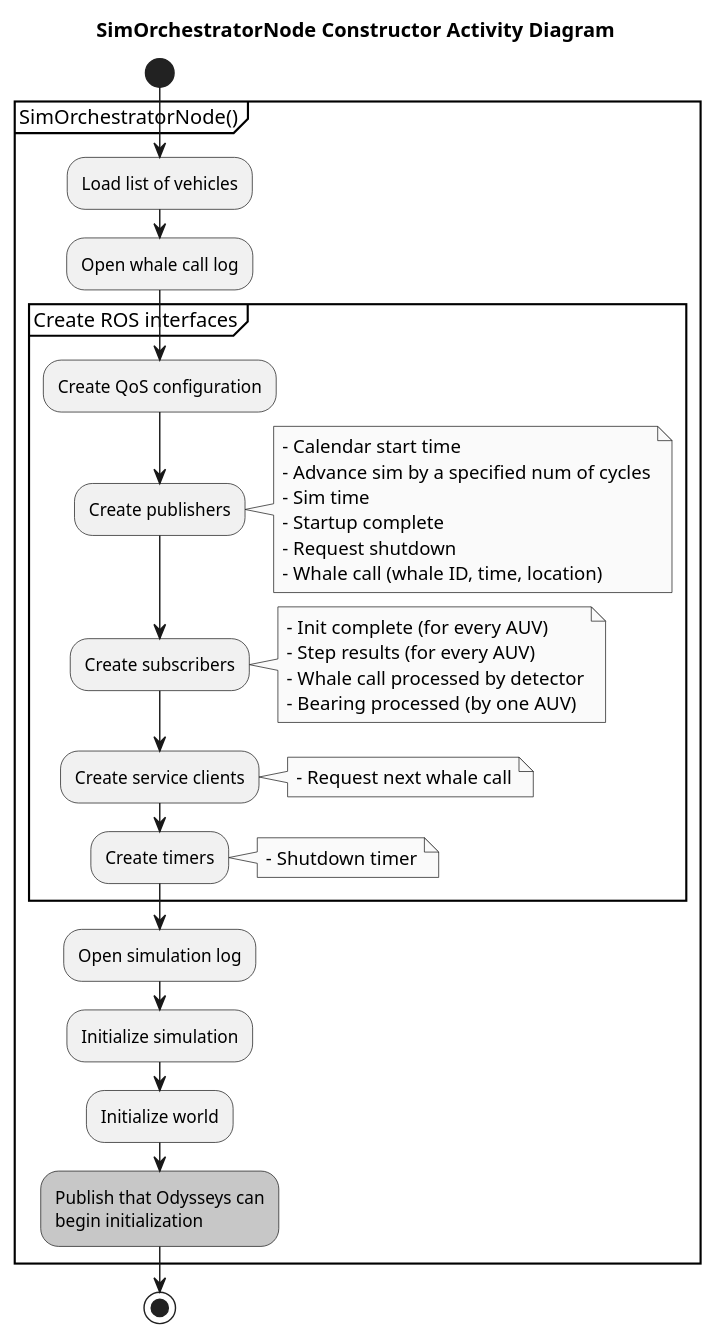
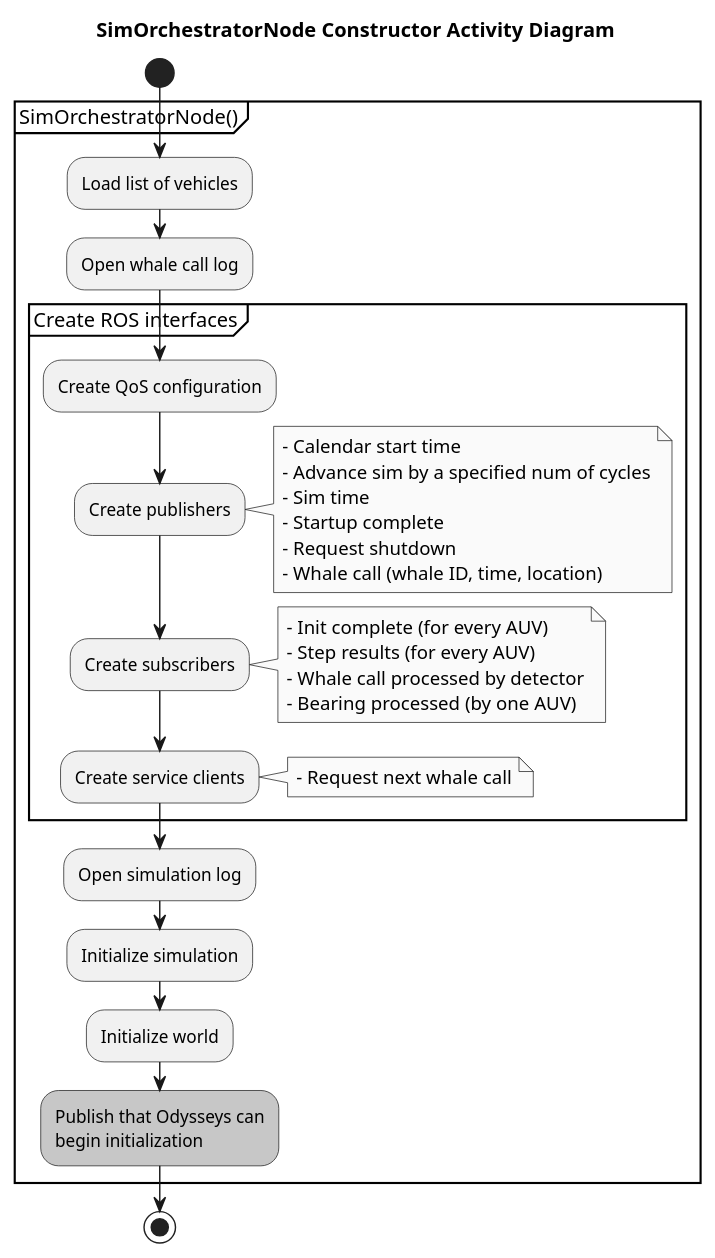
One commit to Tebcherani/MANTA changed the diagram in components/manta_core/docs/sim_orchestrator_init.puml. Above: the diagram before and after it, drawn with PlantUML. The commit also changed 7 other files, not shown here.

```diff
--- a/components/manta_core/docs/sim_orchestrator_init.puml
+++ b/components/manta_core/docs/sim_orchestrator_init.puml
@@ -1,49 +1,47 @@
 @startuml
 title SimOrchestratorNode Constructor Activity Diagram
 
 skinparam monochrome true
 skinparam shadowing false
 skinparam svgLinkTarget _self
 
 start
 
 partition "SimOrchestratorNode()" {
     :Load list of vehicles;    
     :Open whale call log;
     partition "Create ROS interfaces" {
         :Create QoS configuration;
         
         :Create publishers;
         note right
             - Calendar start time
             - Advance sim by a specified num of cycles
             - Sim time
             - Startup complete
             - Request shutdown
             - Whale call (whale ID, time, location)
         end note
 
         :Create subscribers;
         note right
             - Init complete (for every AUV)
             - Step results (for every AUV)
             - Whale call processed by detector
             - Bearing processed (by one AUV)
         end note
 
         :Create service clients;
         note right: - Request next whale call
 
-        :Create timers;
-        note right: - Shutdown timer
     }
     
     :Open simulation log;
     :Initialize simulation;
     :Initialize world;
     #lightgreen:Publish that Odysseys can\nbegin initialization;
 }
 
 stop
 
 @enduml
```
